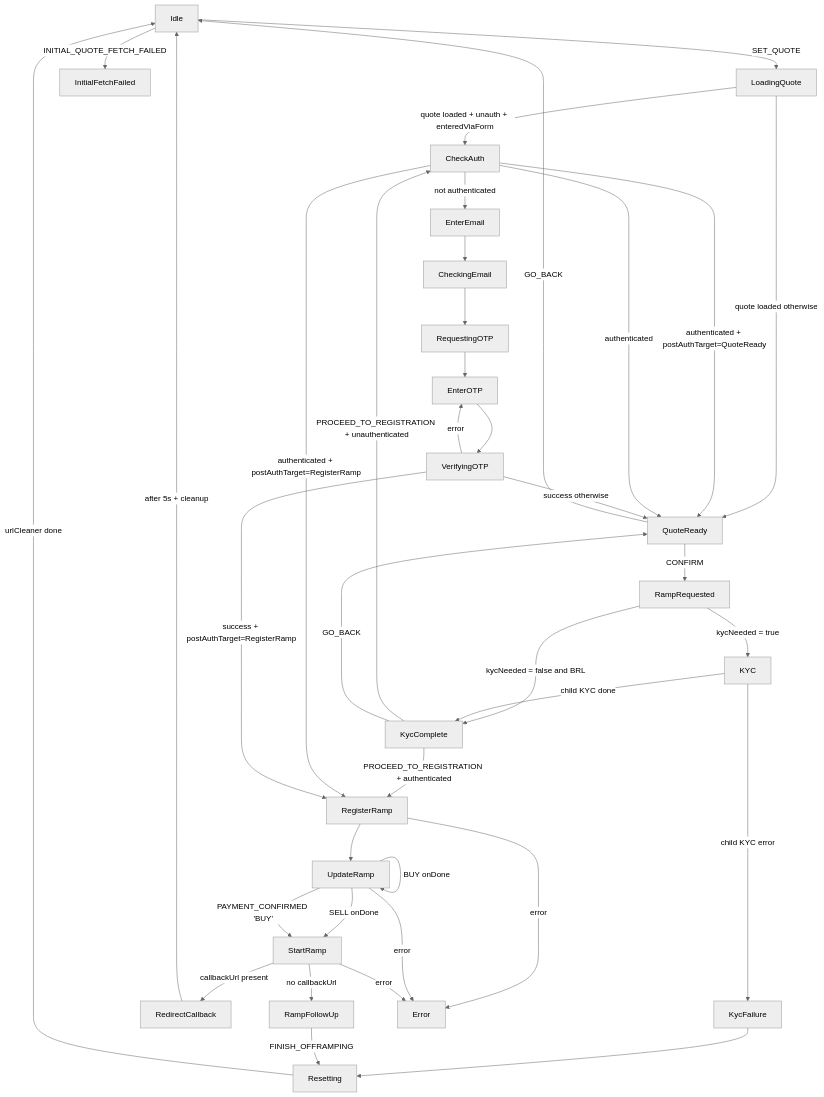
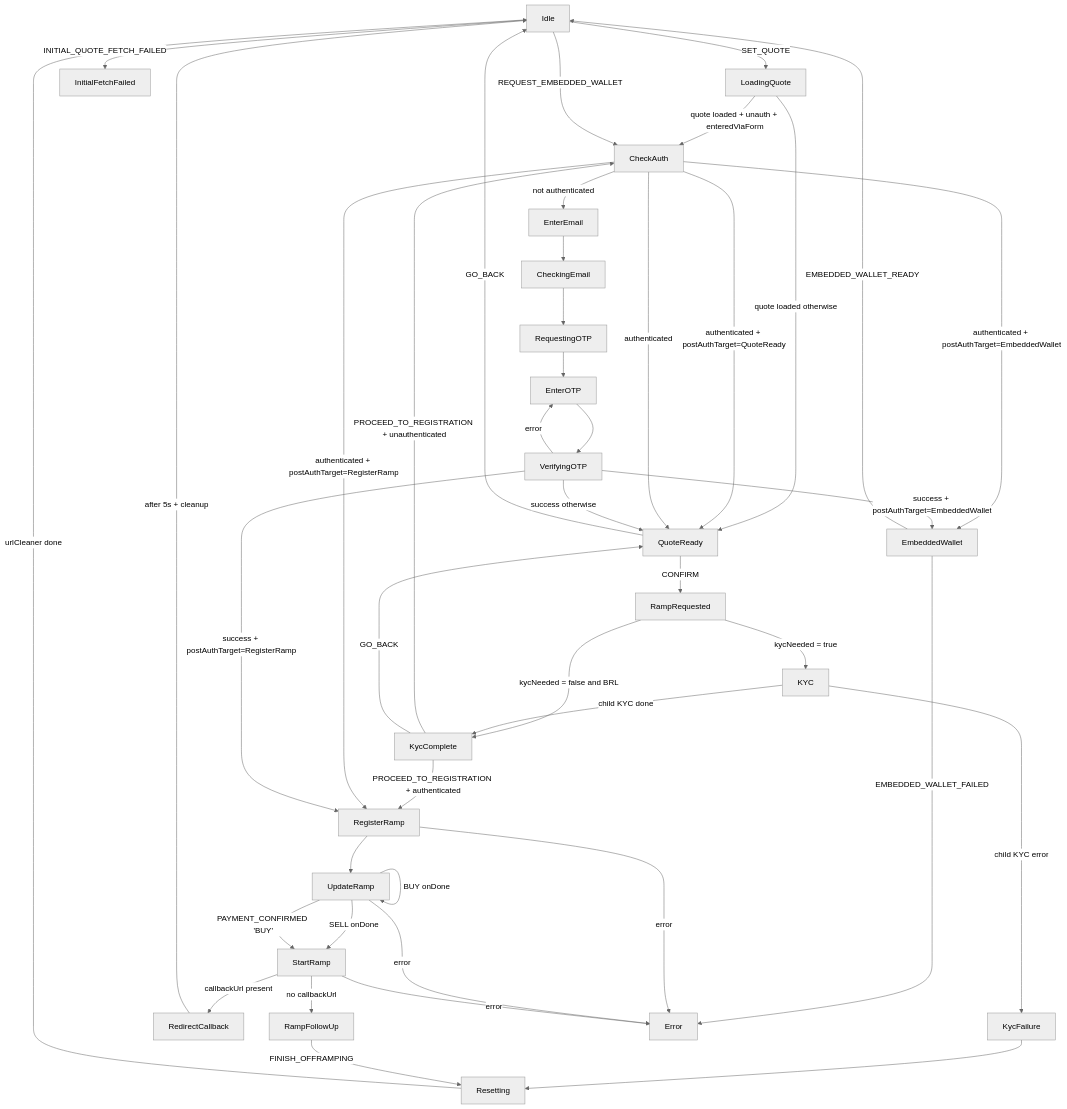
Before and after one commit to pendulum-chain/vortex: the first of 2 diagrams in docs/architecture/ramp-machine-widget-flow.md, drawn with Mermaid (neutral theme). The commit also changed other lines of this file and 3 other files, not shown here.

````diff
--- a/docs/architecture/ramp-machine-widget-flow.md
+++ b/docs/architecture/ramp-machine-widget-flow.md
@@ -13,51 +13,57 @@
 ```mermaid
 flowchart TD
   A[Idle] -->|SET_QUOTE| B[LoadingQuote]
   B -->|quote loaded + unauth + enteredViaForm| AA[CheckAuth]
   B -->|quote loaded otherwise| C[QuoteReady]
   C -->|CONFIRM| D[RampRequested]
 
   D -->|kycNeeded = true| E[KYC]
   D -->|kycNeeded = false and BRL| F[KycComplete]
 
   E -->|child KYC done| F
   E -->|child KYC error| X[KycFailure]
   X --> R[Resetting]
 
   F -->|PROCEED_TO_REGISTRATION + authenticated| G[RegisterRamp]
   F -->|PROCEED_TO_REGISTRATION + unauthenticated| AA[CheckAuth]
   F -->|GO_BACK| C
 
   G --> H[UpdateRamp]
 
   H -->|SELL onDone| I[StartRamp]
   H -->|BUY onDone| H
   H -->|PAYMENT_CONFIRMED 'BUY'| I
 
   I -->|callbackUrl present| J[RedirectCallback]
   I -->|no callbackUrl| K[RampFollowUp]
 
   K -->|FINISH_OFFRAMPING| R
   J -->|after 5s + cleanup| A
 
   C -->|GO_BACK| A
   A -->|INITIAL_QUOTE_FETCH_FAILED| Q[InitialFetchFailed]
 
   R -->|urlCleaner done| A
 
   AA -->|authenticated + postAuthTarget=RegisterRamp| G
+  AA -->|authenticated + postAuthTarget=EmbeddedWallet| EW[EmbeddedWallet]
   AA -->|authenticated + postAuthTarget=QuoteReady| C
   AA -->|authenticated| C
   AA -->|not authenticated| AB[EnterEmail]
   AB --> AC[CheckingEmail]
   AC --> AD[RequestingOTP]
   AD --> AE[EnterOTP]
   AE --> AF[VerifyingOTP]
   AF -->|success + postAuthTarget=RegisterRamp| G
+  AF -->|success + postAuthTarget=EmbeddedWallet| EW
   AF -->|success otherwise| C
   AF -->|error| AE
+
+  A -->|REQUEST_EMBEDDED_WALLET| AA
+  EW -->|EMBEDDED_WALLET_READY| A
+  EW -->|EMBEDDED_WALLET_FAILED| Z
 
   G -->|error| Z[Error]
   H -->|error| Z
   I -->|error| Z
 ```
````
